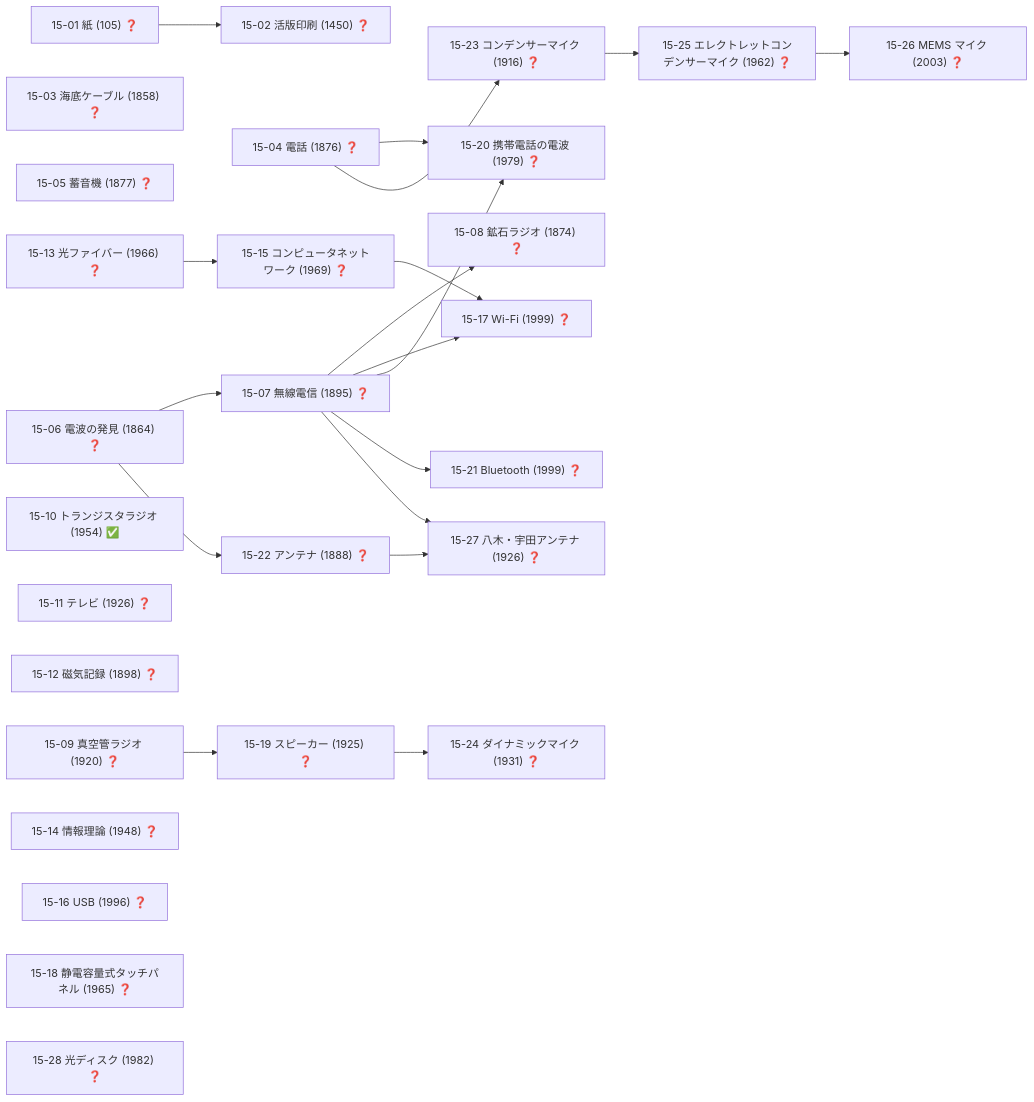
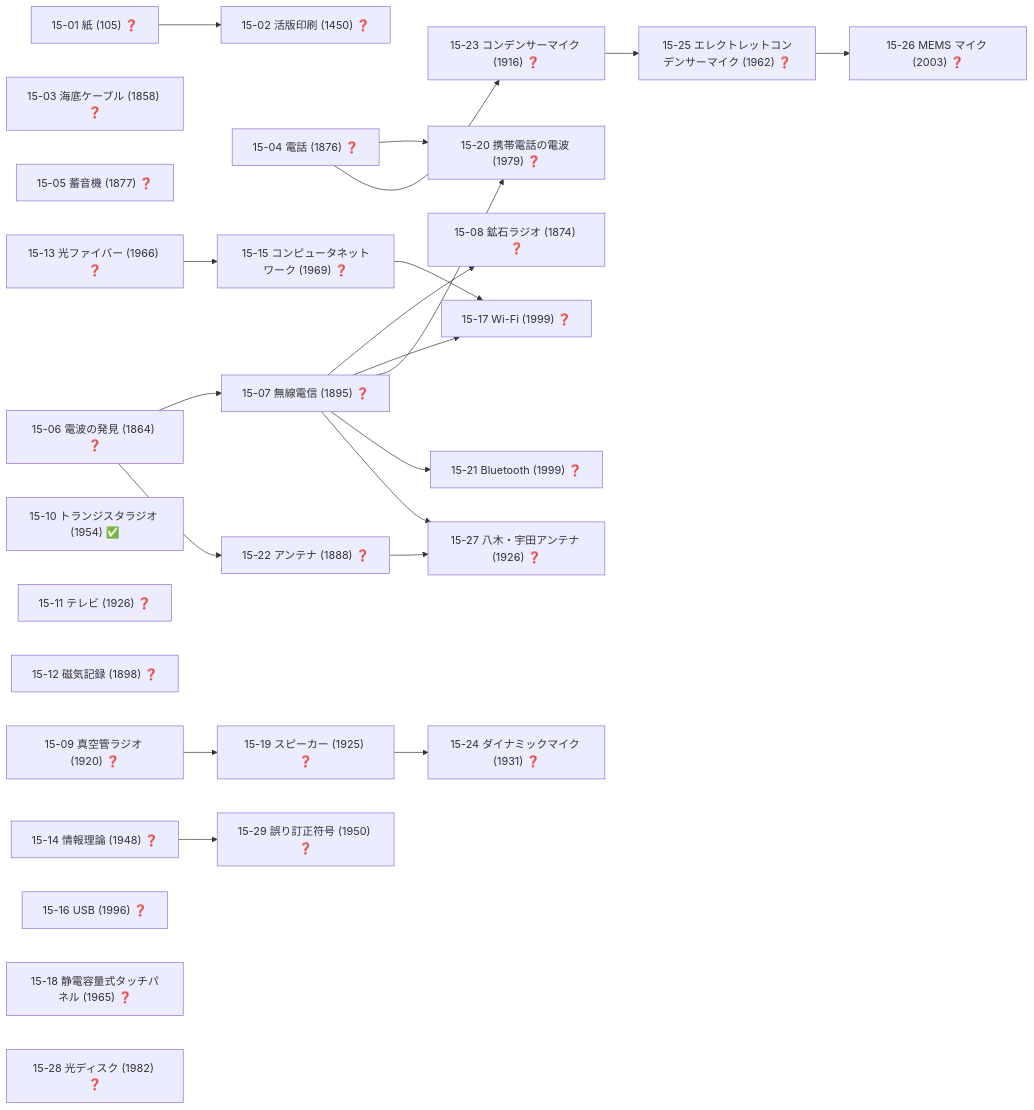
One commit to taku3i0317-collab/semiconductor-lab changed diagram 18 of 19 in docs/TECH_TREE_VIEW.md. Above: the diagram before and after it, drawn with Mermaid. The commit also changed other lines of this file and 6 other files, not shown here.

````diff
--- a/docs/TECH_TREE_VIEW.md
+++ b/docs/TECH_TREE_VIEW.md
@@ -932,48 +937,50 @@
 ```mermaid
 graph LR
   n15_01["15-01 紙 (105) ❓"]
   n15_02["15-02 活版印刷 (1450) ❓"]
   n15_03["15-03 海底ケーブル (1858) ❓"]
   n15_04["15-04 電話 (1876) ❓"]
   n15_05["15-05 蓄音機 (1877) ❓"]
   n15_06["15-06 電波の発見 (1864) ❓"]
   n15_07["15-07 無線電信 (1895) ❓"]
   n15_08["15-08 鉱石ラジオ (1874) ❓"]
   n15_09["15-09 真空管ラジオ (1920) ❓"]
   n15_10["15-10 トランジスタラジオ (1954) ✅"]
   n15_11["15-11 テレビ (1926) ❓"]
   n15_12["15-12 磁気記録 (1898) ❓"]
   n15_13["15-13 光ファイバー (1966) ❓"]
   n15_14["15-14 情報理論 (1948) ❓"]
   n15_15["15-15 コンピュータネットワーク (1969) ❓"]
   n15_16["15-16 USB (1996) ❓"]
   n15_17["15-17 Wi-Fi (1999) ❓"]
   n15_18["15-18 静電容量式タッチパネル (1965) ❓"]
   n15_19["15-19 スピーカー (1925) ❓"]
   n15_20["15-20 携帯電話の電波 (1979) ❓"]
   n15_21["15-21 Bluetooth (1999) ❓"]
   n15_22["15-22 アンテナ (1888) ❓"]
   n15_23["15-23 コンデンサーマイク (1916) ❓"]
   n15_24["15-24 ダイナミックマイク (1931) ❓"]
   n15_25["15-25 エレクトレットコンデンサーマイク (1962) ❓"]
   n15_26["15-26 MEMS マイク (2003) ❓"]
   n15_27["15-27 八木・宇田アンテナ (1926) ❓"]
   n15_28["15-28 光ディスク (1982) ❓"]
+  n15_29["15-29 誤り訂正符号 (1950) ❓"]
   n15_01-->n15_02
   n15_06-->n15_07
   n15_07-->n15_08
   n15_13-->n15_15
   n15_07-->n15_17
   n15_15-->n15_17
   n15_09-->n15_19
   n15_04-->n15_20
   n15_07-->n15_20
   n15_07-->n15_21
   n15_06-->n15_22
   n15_04-->n15_23
   n15_19-->n15_24
   n15_23-->n15_25
   n15_25-->n15_26
   n15_07-->n15_27
   n15_22-->n15_27
+  n15_14-->n15_29
 ```
````
